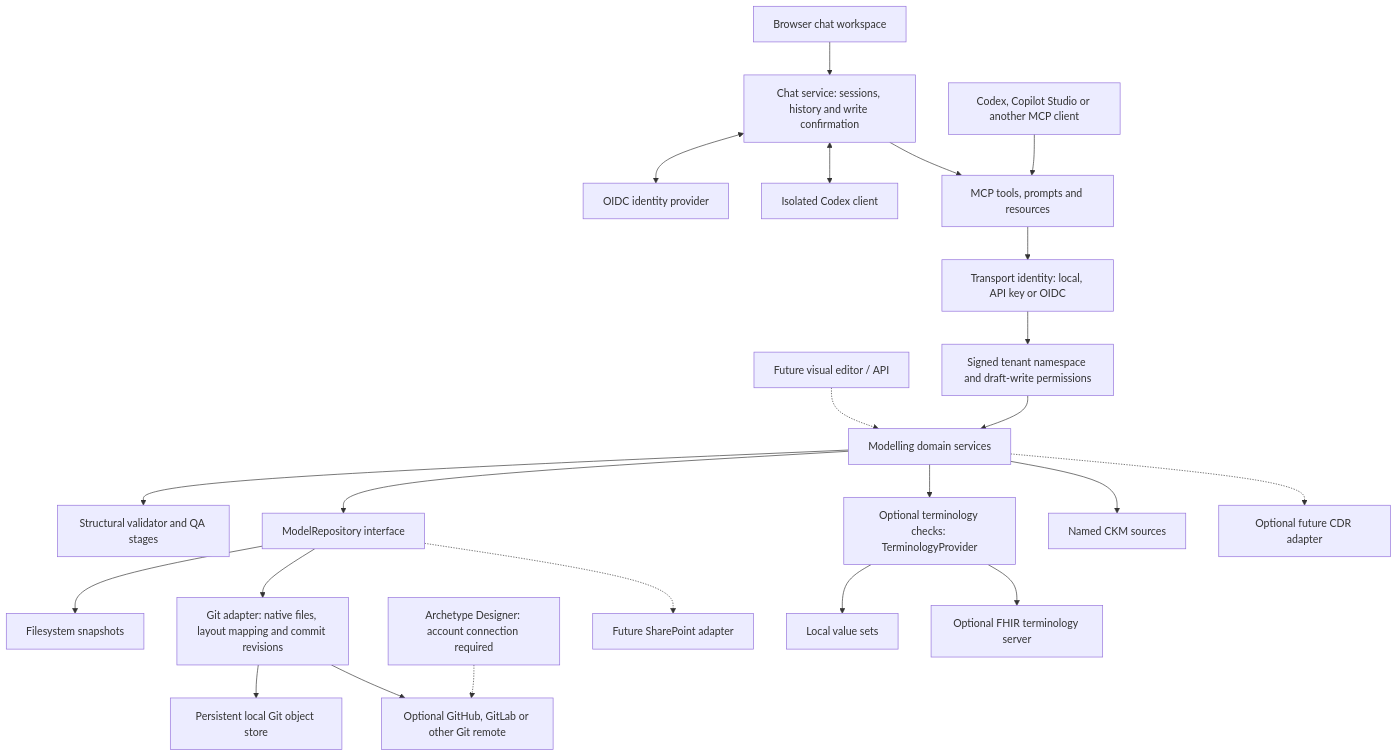
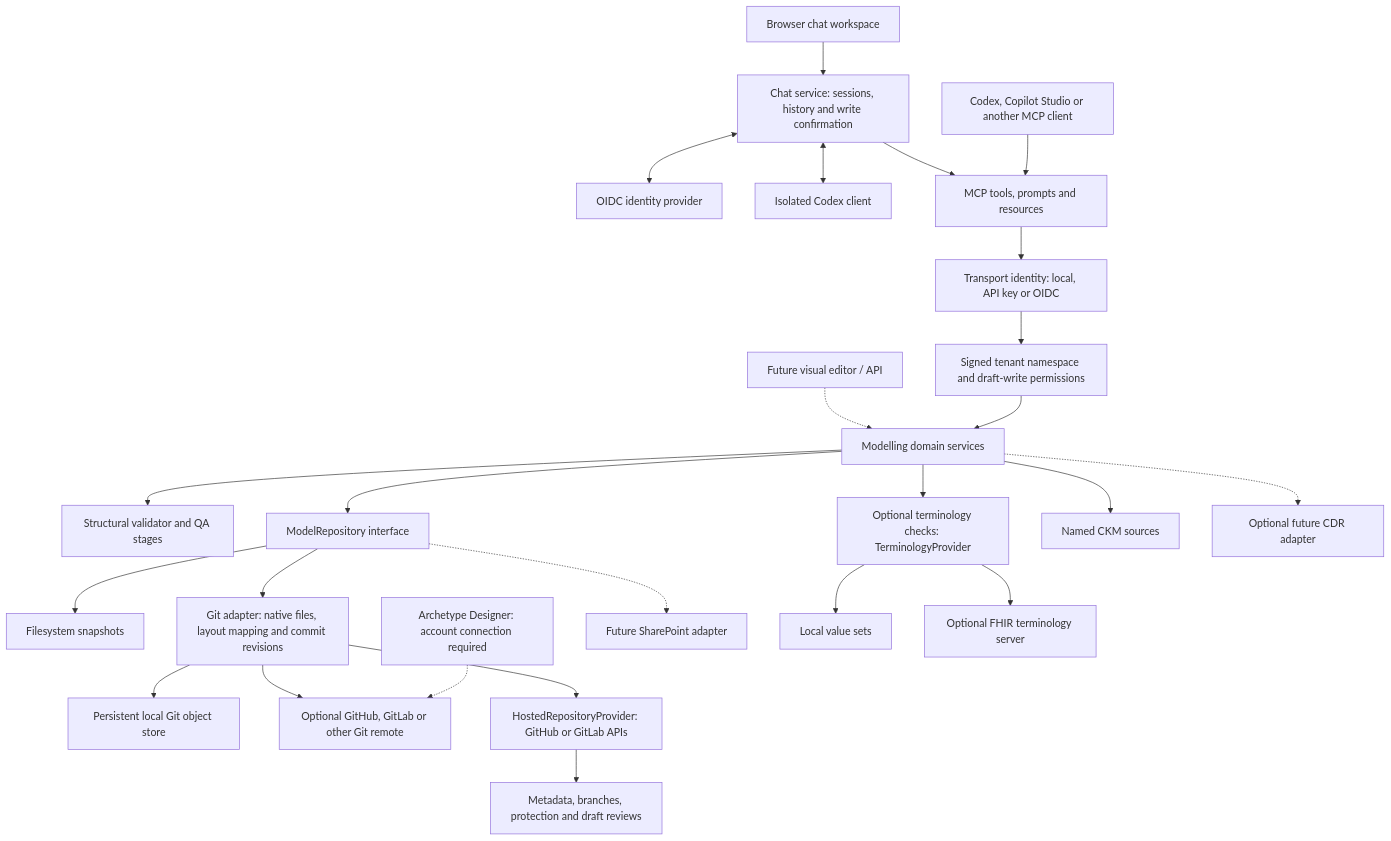
The diagram in docs/ARCHITECTURE.md (CzarMich/openehr-modelling-assistant), drawn with Mermaid before and after one commit. The commit also changed other lines of this file and 50 other files, not shown here.

Commit message:
feat(repository): add GitHub and GitLab draft review capabilities

````diff
--- a/docs/ARCHITECTURE.md
+++ b/docs/ARCHITECTURE.md
@@ -5,25 +5,27 @@
 ```mermaid
 flowchart TB
     Browser[Browser chat workspace] --> Chat[Chat service: sessions, history and write confirmation]
     Chat <--> Identity[OIDC identity provider]
     Chat <--> Codex[Isolated Codex client]
     Chat --> MCP[MCP tools, prompts and resources]
     AI[Codex, Copilot Studio or another MCP client] --> MCP[MCP tools, prompts and resources]
     UI[Future visual editor / API] -.-> Core[Modelling domain services]
     MCP --> Auth[Transport identity: local, API key or OIDC]
     Auth --> Scope[Signed tenant namespace and draft-write permissions]
     Scope --> Core
     Core --> Validation[Structural validator and QA stages]
     Core --> Repository[ModelRepository interface]
     Repository --> FS[Filesystem snapshots]
     Repository --> Git[Git adapter: native files, layout mapping and commit revisions]
     Git --> Cache[Persistent local Git object store]
     Git --> Remote[Optional GitHub, GitLab or other Git remote]
+    Git --> Hosting[HostedRepositoryProvider: GitHub or GitLab APIs]
+    Hosting --> Reviews[Metadata, branches, protection and draft reviews]
     Designer[Archetype Designer: account connection required] -.-> Remote
     Repository -.-> SP[Future SharePoint adapter]
     Core --> Terms[Optional terminology checks: TerminologyProvider]
     Terms --> Local[Local value sets]
     Terms --> FHIR[Optional FHIR terminology server]
     Core --> CKM[Named CKM sources]
     Core -.-> CDR[Optional future CDR adapter]
 ```
````
